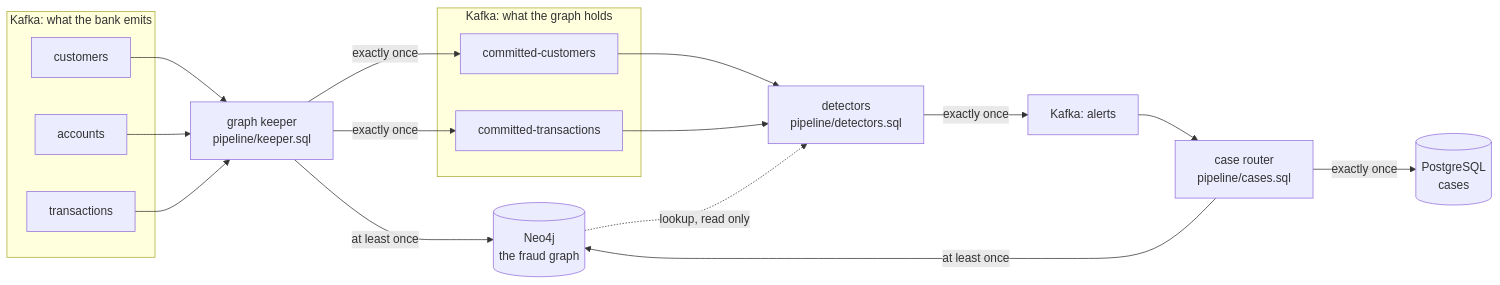
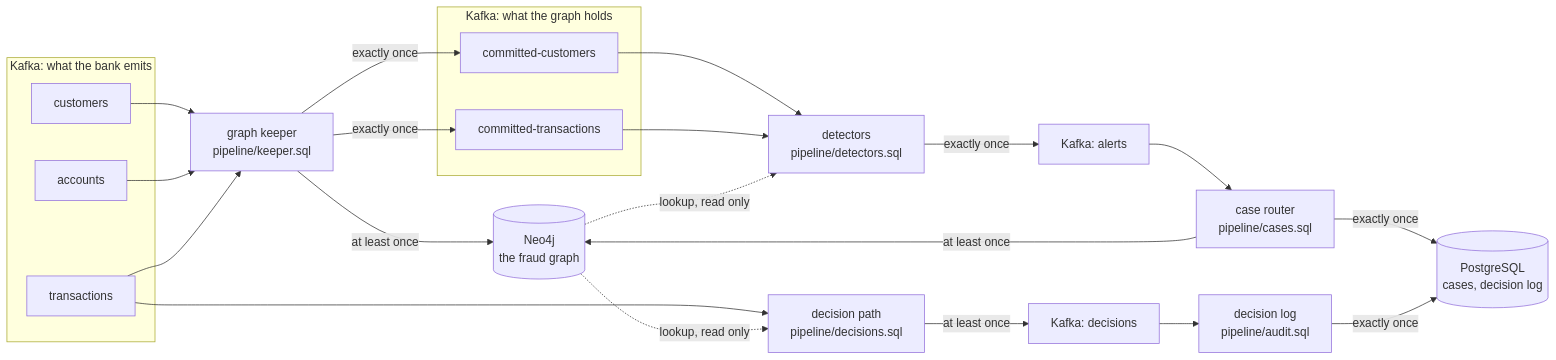
Before and after one commit to orhaugh/transfer-sentry: the diagram in README.md, drawn with Mermaid. The commit also changed other lines of this file and 9 other files, not shown here.

````diff
--- a/README.md
+++ b/README.md
@@ -41,31 +52,39 @@
 ```mermaid
 flowchart LR
   subgraph bank["Kafka: what the bank emits"]
     C["customers"]
     A["accounts"]
     T["transactions"]
   end
   K["graph keeper<br/>pipeline/keeper.sql"]
   G[("Neo4j<br/>the fraud graph")]
   subgraph announced["Kafka: what the graph holds"]
     CC["committed-customers"]
     CT["committed-transactions"]
   end
   D["detectors<br/>pipeline/detectors.sql"]
   AL["Kafka: alerts"]
   R["case router<br/>pipeline/cases.sql"]
-  P[("PostgreSQL<br/>cases")]
+  P[("PostgreSQL<br/>cases, decision log")]
+  X["decision path<br/>pipeline/decisions.sql"]
+  DE["Kafka: decisions"]
+  L["decision log<br/>pipeline/audit.sql"]
   C --> K
   A --> K
   T --> K
   K -- "at least once" --> G
   K -- "exactly once" --> CC
   K -- "exactly once" --> CT
   CC --> D
   CT --> D
   G -. "lookup, read only" .-> D
   D -- "exactly once" --> AL
   AL --> R
   R -- "exactly once" --> P
   R -- "at least once" --> G
+  T --> X
+  G -. "lookup, read only" .-> X
+  X -- "at least once" --> DE
+  DE --> L
+  L -- "exactly once" --> P
 ```
````
